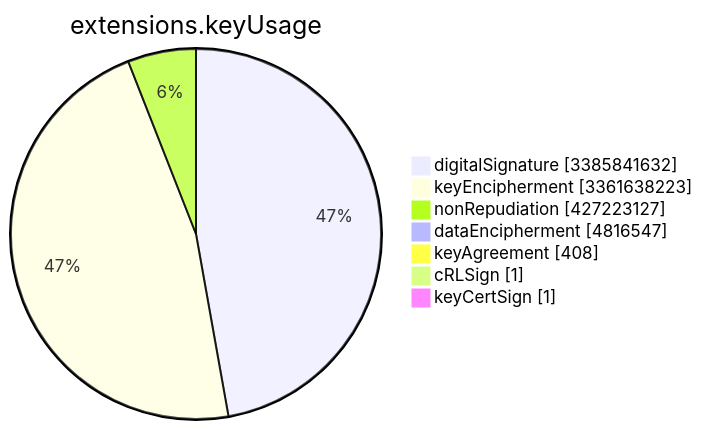
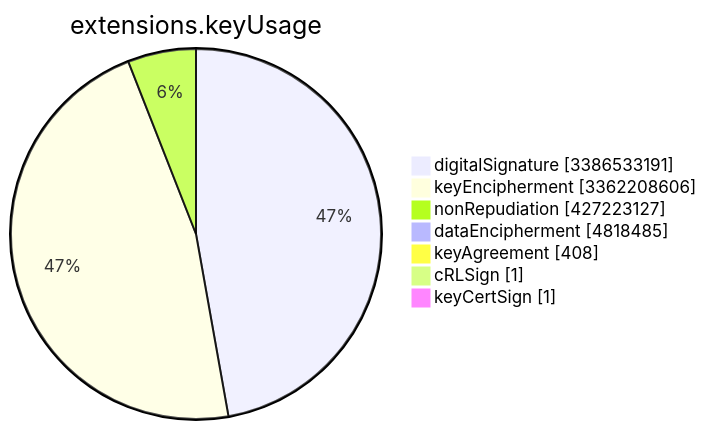
Before and after one commit to christiankrug/ctmonitor_visualization: the sixth of 15 diagrams in TOTAL/README.md, drawn with Mermaid. The commit also changed other lines of this file, not shown here.

````diff
--- a/TOTAL/README.md
+++ b/TOTAL/README.md
@@ -3080,11 +3080,11 @@
 ```mermaid
 pie showData
 title extensions.keyUsage
-"digitalSignature" :3385841632
-"keyEncipherment" :3361638223
+"digitalSignature" :3386533191
+"keyEncipherment" :3362208606
 "nonRepudiation" :427223127
-"dataEncipherment" :4816547
+"dataEncipherment" :4818485
 "keyAgreement" :408
 "cRLSign" :1
 "keyCertSign" :1
 ```
````
